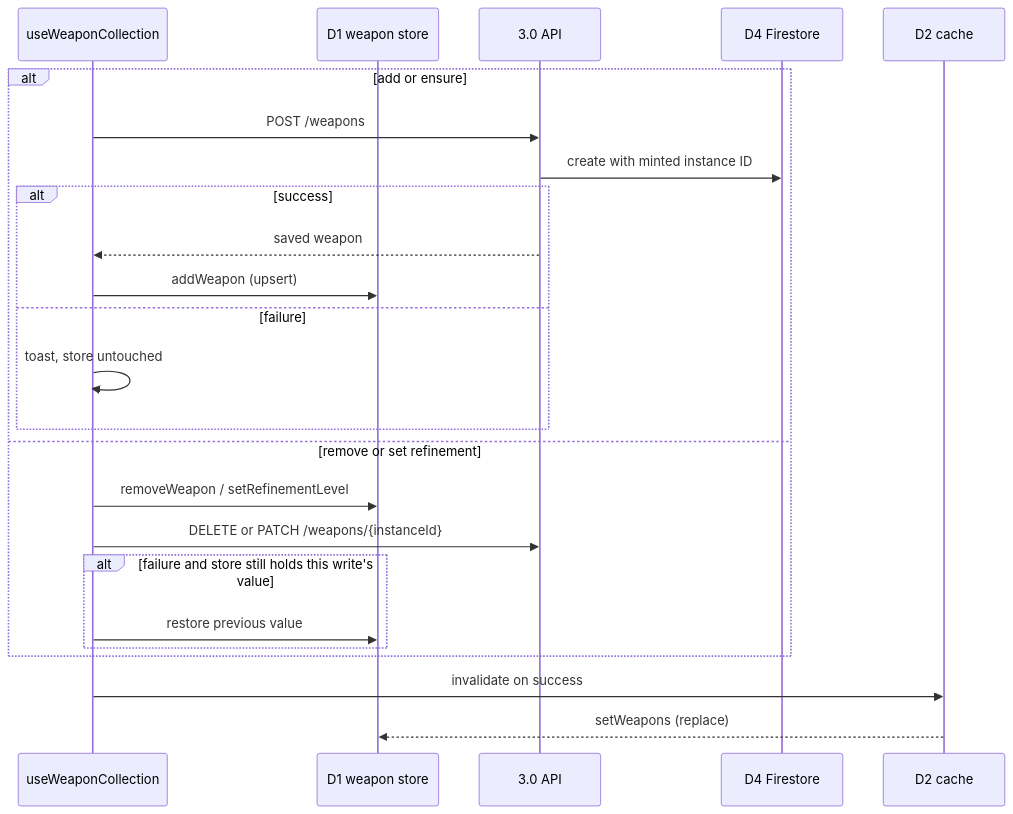
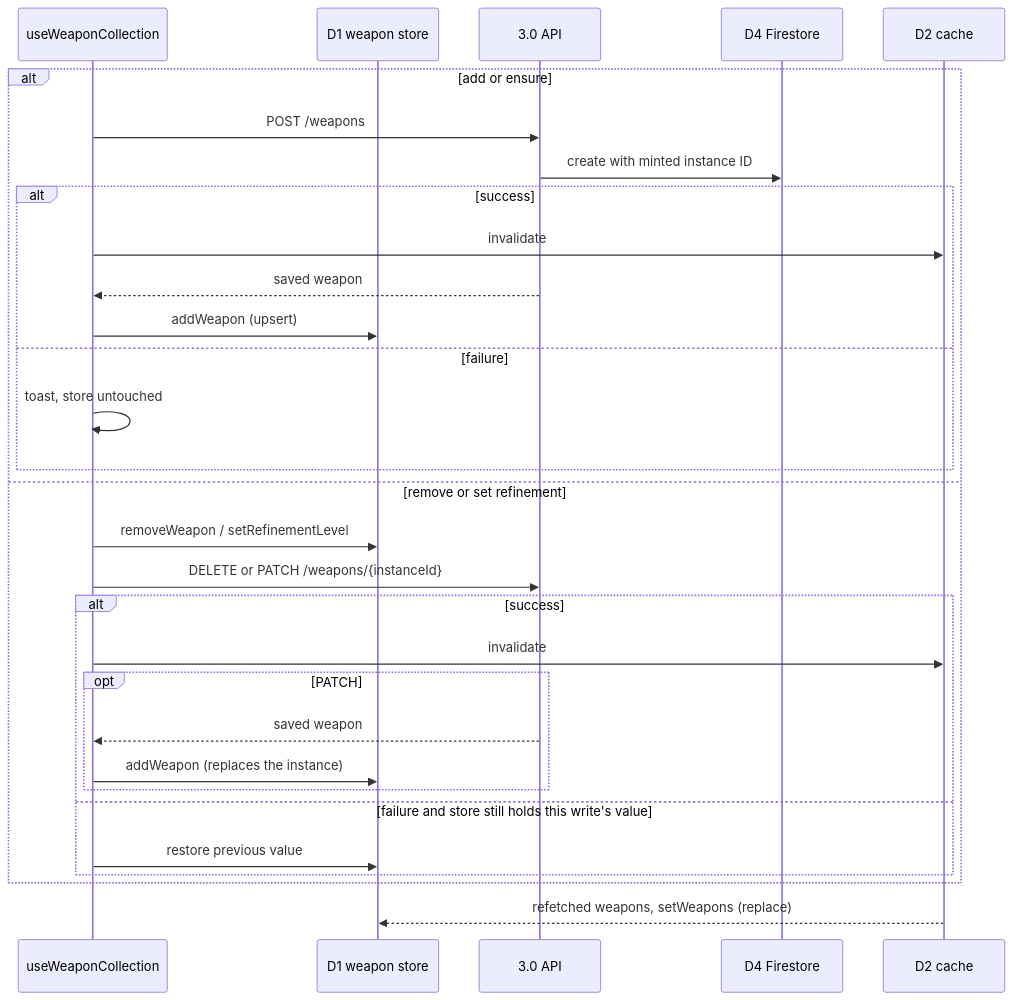
Before and after one commit to dungeon-studio/genshin.dungeon.studio: the fourth of 6 diagrams in docs/explanation/understanding-data-flow.md, drawn with Mermaid. The commit also changed other lines of this file, not shown here.

First line of the commit message:
docs: correct write-path claims found in review

````diff
--- a/docs/explanation/understanding-data-flow.md
+++ b/docs/explanation/understanding-data-flow.md
@@ -198,27 +208,33 @@
 ```mermaid
 sequenceDiagram
   participant Hook as useWeaponCollection
   participant Store as D1 weapon store
   participant API as 3.0 API
   participant FS as D4 Firestore
   participant Cache as D2 cache
 
   alt add or ensure
     Hook->>API: POST /weapons
     API->>FS: create with minted instance ID
     alt success
+      Hook->>Cache: invalidate
       API-->>Hook: saved weapon
       Hook->>Store: addWeapon (upsert)
     else failure
       Hook->>Hook: toast, store untouched
     end
   else remove or set refinement
     Hook->>Store: removeWeapon / setRefinementLevel
     Hook->>API: DELETE or PATCH /weapons/{instanceId}
-    alt failure and store still holds this write's value
+    alt success
+      Hook->>Cache: invalidate
+      opt PATCH
+        API-->>Hook: saved weapon
+        Hook->>Store: addWeapon (replaces the instance)
+      end
+    else failure and store still holds this write's value
       Hook->>Store: restore previous value
     end
   end
-  Hook->>Cache: invalidate on success
-  Cache-->>Store: setWeapons (replace)
+  Cache-->>Store: refetched weapons, setWeapons (replace)
 ```
````
